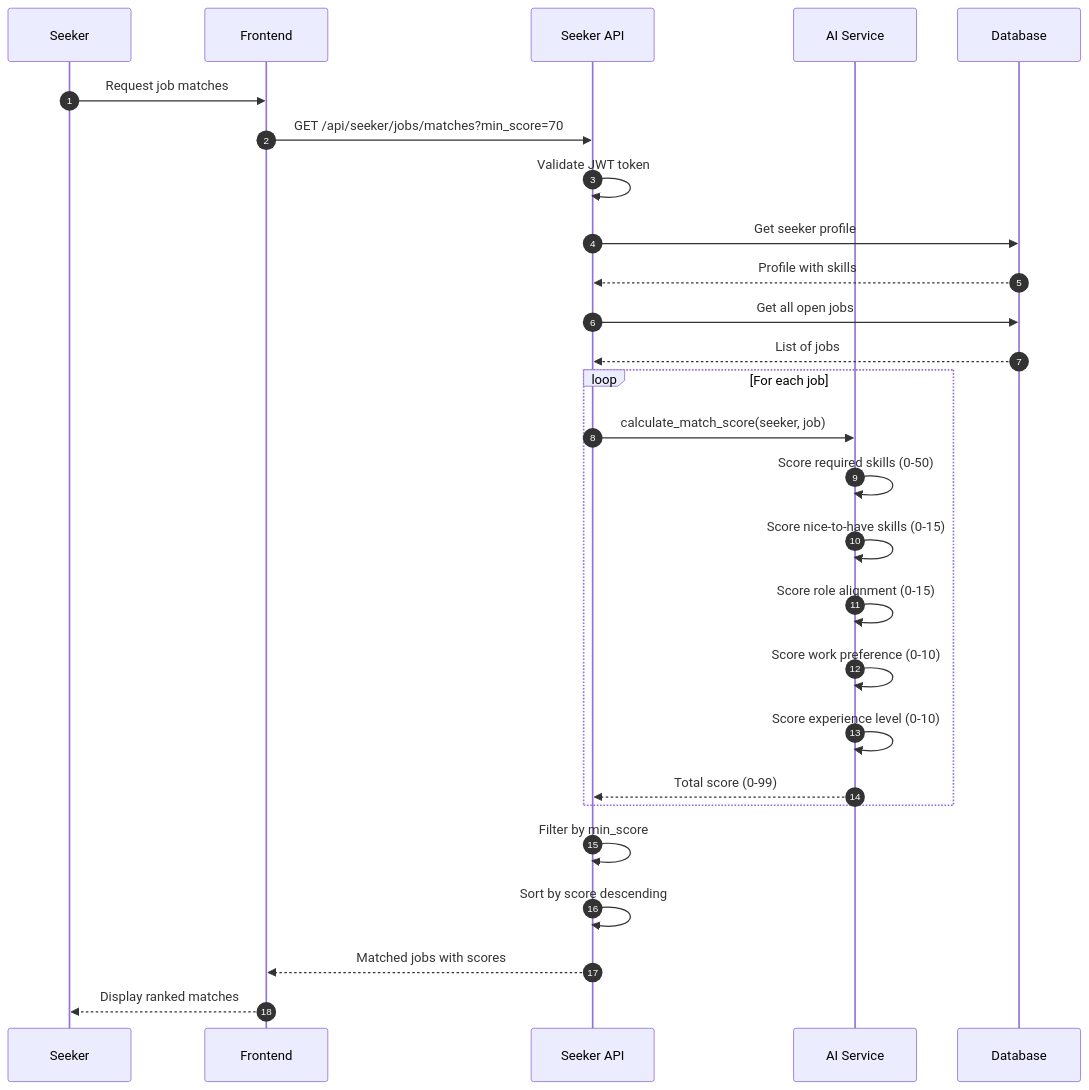
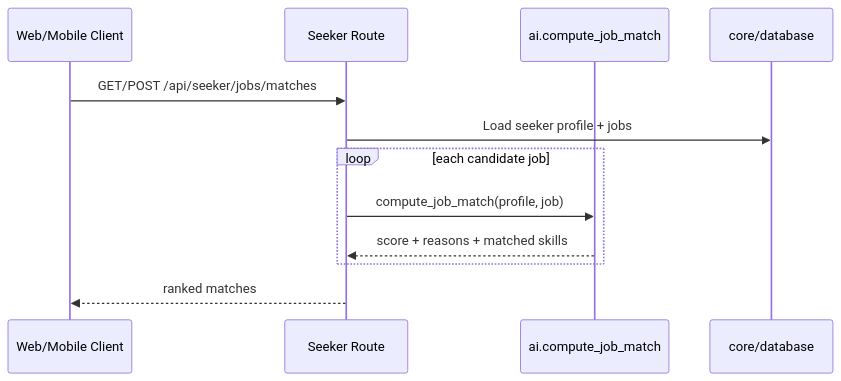
Before and after one commit to spayyavula/hireflow: the fourth of 6 diagrams in docs/ARCHITECTURE.md, drawn with Mermaid. The commit also changed other lines of this file and 2 other files, not shown here.

````diff
--- a/docs/ARCHITECTURE.md
+++ b/docs/ARCHITECTURE.md
@@ -486,32 +233,15 @@
 ```mermaid
 sequenceDiagram
-    autonumber
-    participant S as Seeker
-    participant F as Frontend
-    participant API as Seeker API
-    participant AI as AI Service
-    participant DB as Database
+    participant Client as Web/Mobile Client
+    participant Seeker as Seeker Route
+    participant AI as ai.compute_job_match
+    participant DB as core/database
 
-    S->>F: Request job matches
-    F->>API: GET /api/seeker/jobs/matches?min_score=70
-    API->>API: Validate JWT token
-    API->>DB: Get seeker profile
-    DB-->>API: Profile with skills
-    API->>DB: Get all open jobs
-    DB-->>API: List of jobs
-
-    loop For each job
-        API->>AI: calculate_match_score(seeker, job)
-        AI->>AI: Score required skills (0-50)
-        AI->>AI: Score nice-to-have skills (0-15)
-        AI->>AI: Score role alignment (0-15)
-        AI->>AI: Score work preference (0-10)
-        AI->>AI: Score experience level (0-10)
-        AI-->>API: Total score (0-99)
+    Client->>Seeker: GET/POST /api/seeker/jobs/matches
+    Seeker->>DB: Load seeker profile + jobs
+    loop each candidate job
+        Seeker->>AI: compute_job_match(profile, job)
+        AI-->>Seeker: score + reasons + matched skills
     end
-
-    API->>API: Filter by min_score
-    API->>API: Sort by score descending
-    API-->>F: Matched jobs with scores
-    F-->>S: Display ranked matches
+    Seeker-->>Client: ranked matches
 ```
````
